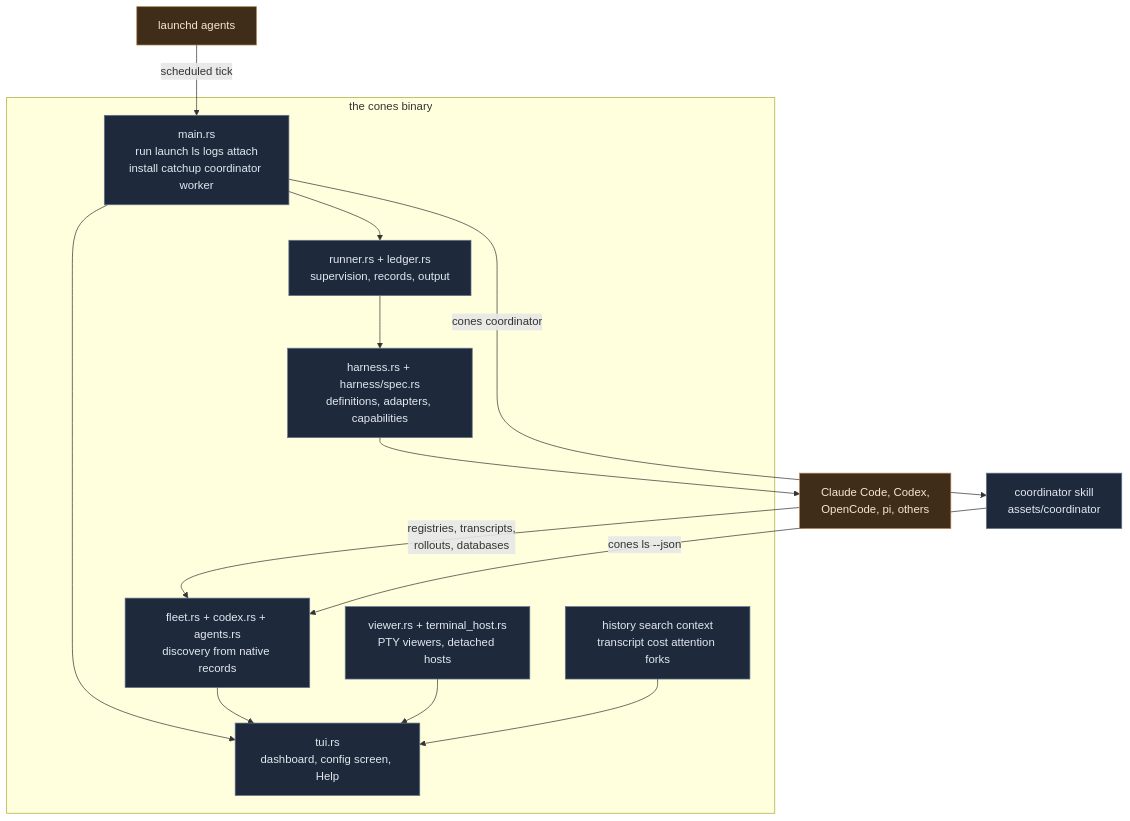
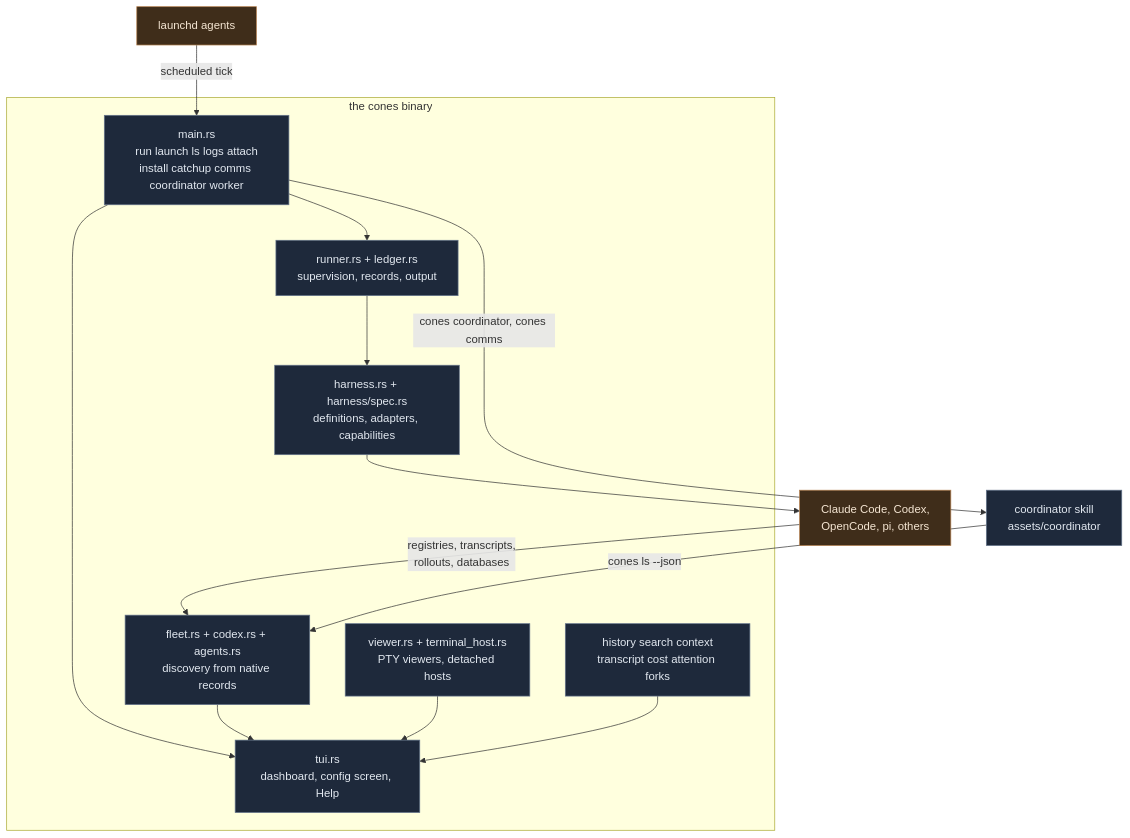
The first of 4 diagrams in docs/architecture.md (YuvalSarel1/cones), drawn with Mermaid before and after one commit. The commit also changed other lines of this file and 4 other files, not shown here.

````diff
--- a/docs/architecture.md
+++ b/docs/architecture.md
@@ -30,31 +30,31 @@
 ```mermaid
 flowchart TB
     subgraph binary ["the cones binary"]
-        CLI["main.rs<br/>run launch ls logs attach<br/>install catchup coordinator worker"]
+        CLI["main.rs<br/>run launch ls logs attach<br/>install catchup comms coordinator worker"]
         TUI["tui.rs<br/>dashboard, config screen, Help"]
         RUN["runner.rs + ledger.rs<br/>supervision, records, output"]
         HAR["harness.rs + harness/spec.rs<br/>definitions, adapters, capabilities"]
         FLEET["fleet.rs + codex.rs + agents.rs<br/>discovery from native records"]
         VIEW["viewer.rs + terminal_host.rs<br/>PTY viewers, detached hosts"]
         READ["history search context<br/>transcript cost attention forks"]
     end
     LAUNCHD["launchd agents"]
     HARNESS["Claude Code, Codex,<br/>OpenCode, pi, others"]
     COORD["coordinator skill<br/>assets/coordinator"]
 
     LAUNCHD -->|scheduled tick| CLI
     CLI --> RUN
     CLI --> TUI
     RUN --> HAR --> HARNESS
     HARNESS -->|registries, transcripts,<br/>rollouts, databases| FLEET
     FLEET --> TUI
     VIEW --> TUI
     READ --> TUI
-    CLI -->|cones coordinator| COORD
+    CLI -->|cones coordinator, cones comms| COORD
     COORD -->|cones ls --json| FLEET
 
     classDef owned fill:#1e293b,stroke:#64748b,color:#e2e8f0
     classDef foreign fill:#3f2d1a,stroke:#b58150,color:#f5e6d3
     class CLI,TUI,RUN,HAR,FLEET,VIEW,READ,COORD owned
     class HARNESS,LAUNCHD foreign
 ```
````
